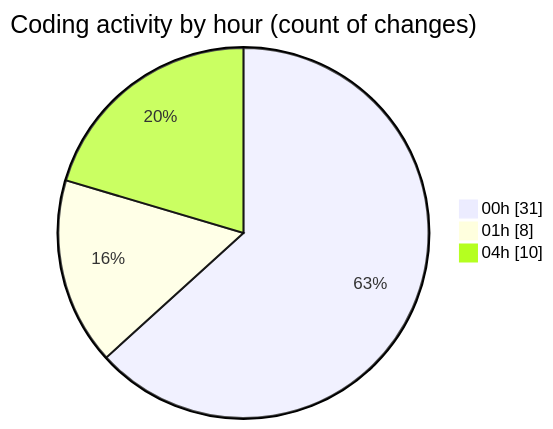
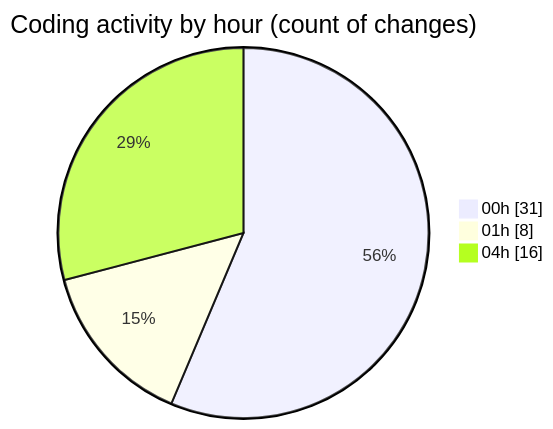
One commit to julien-gomy/code-tracking changed the second of 2 diagrams in 2025-10-28/usr_aleoudev_fr__workspace_/README.md. Above: the diagram before and after it, drawn with Mermaid. The commit also changed other lines of this file and 1 other file, not shown here.

````diff
--- a/2025-10-28/usr_aleoudev_fr__workspace_/README.md
+++ b/2025-10-28/usr_aleoudev_fr__workspace_/README.md
@@ -33,7 +33,7 @@
 ```mermaid
 pie showData
 title Coding activity by hour (count of changes)
 "00h" : 31
 "01h" : 8
-"04h" : 10
+"04h" : 16
 ```
````
